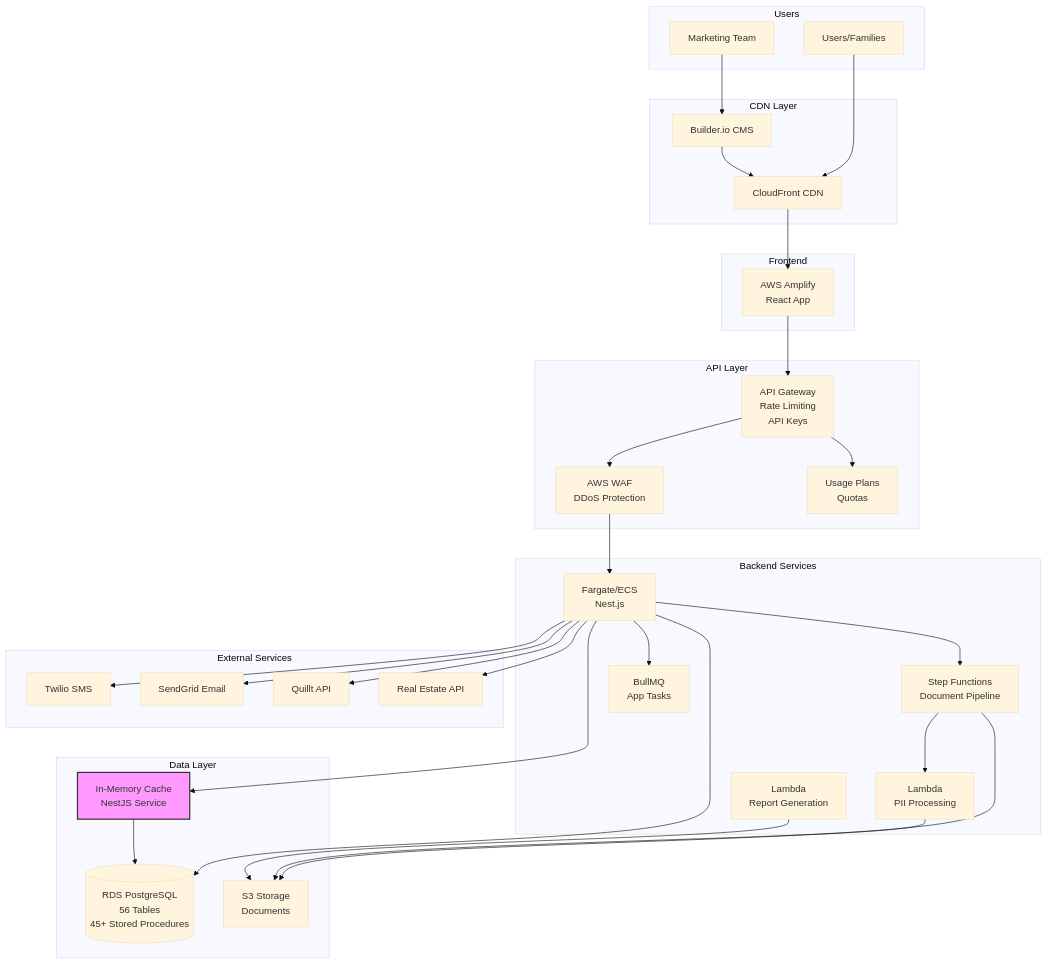
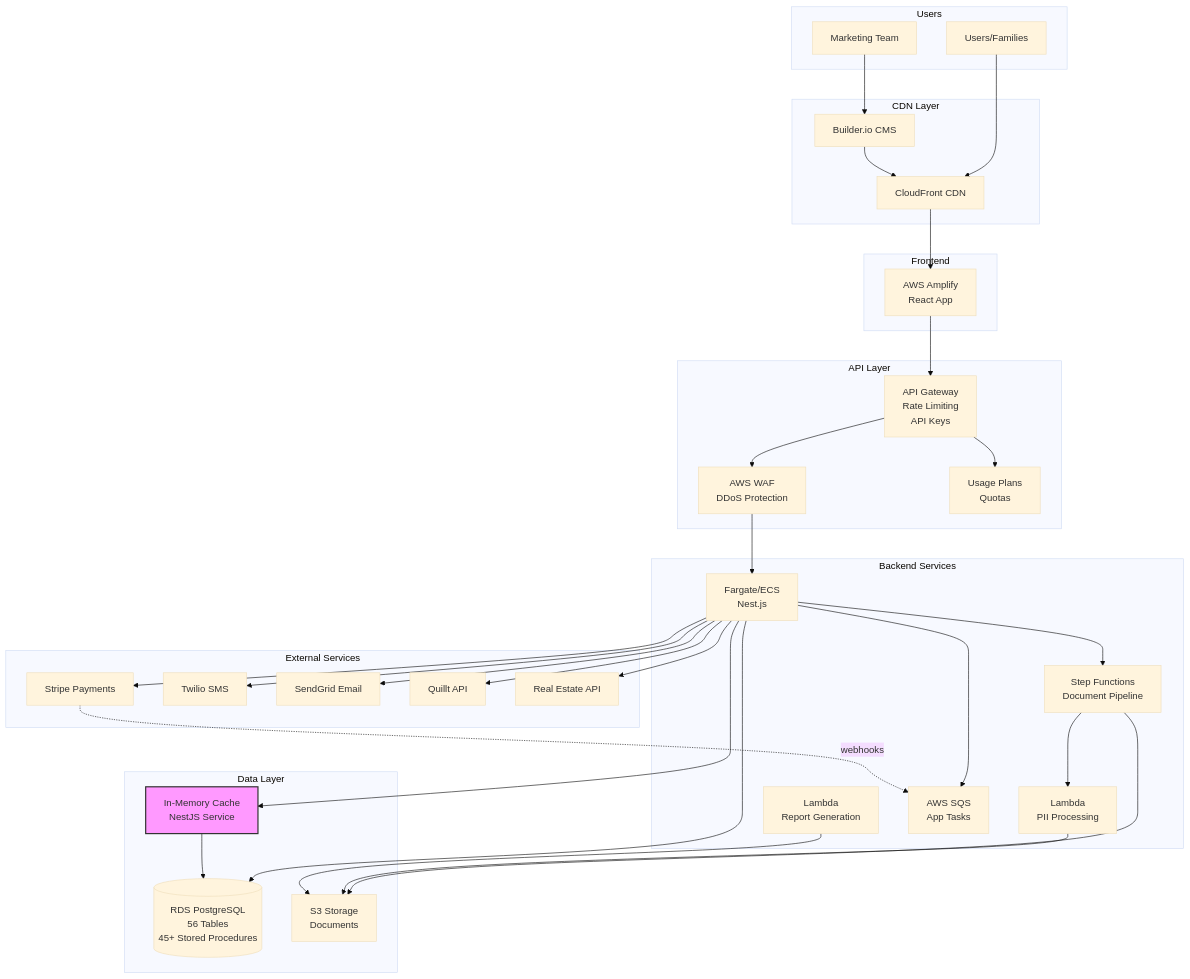
Before and after one commit to thseitz/FWD-INH: the first of 2 diagrams in docs/architecture.md, drawn with Mermaid (base theme). The commit also changed other lines of this file and 21 other files, not shown here.

````diff
--- a/docs/architecture.md
+++ b/docs/architecture.md
@@ -51,64 +51,67 @@
 ```mermaid
 graph TB
     subgraph "Users"
         U[Users/Families]
         M[Marketing Team]
     end
     
     subgraph "CDN Layer"
         CF[CloudFront CDN]
         B[Builder.io CMS]
     end
     
     subgraph "Frontend"
         AMP[AWS Amplify<br/>React App]
     end
     
     subgraph "API Layer"
         AG[API Gateway<br/>Rate Limiting<br/>API Keys]
         WAF[AWS WAF<br/>DDoS Protection]
         USAGE[Usage Plans<br/>Quotas]
     end
     
     subgraph "Backend Services"
         ECS[Fargate/ECS<br/>Nest.js]
         SF[Step Functions<br/>Document Pipeline]
         L1[Lambda<br/>PII Processing]
         L2[Lambda<br/>Report Generation]
-        BQ[BullMQ<br/>App Tasks]
+        SQS[AWS SQS<br/>App Tasks]
     end
     
     subgraph "Data Layer"
         RDS[(RDS PostgreSQL<br/>56 Tables<br/>45+ Stored Procedures)]
         S3[S3 Storage<br/>Documents]
         MEM[In-Memory Cache<br/>NestJS Service]
     end
     
     subgraph "External Services"
+        ST[Stripe Payments]
         TW[Twilio SMS]
         SG[SendGrid Email]
         Q[Quillt API]
         RE[Real Estate API]
     end
     
     U --> CF --> AMP
     M --> B --> CF
     AMP --> AG
     AG --> USAGE
     AG --> WAF --> ECS
     ECS --> RDS
     ECS --> MEM
     MEM --> RDS
     ECS --> SF
     SF --> L1
     SF --> S3
-    ECS --> BQ
+    ECS --> SQS
     L1 --> S3
     L2 --> S3
+    ECS --> ST
     ECS --> TW
     ECS --> SG
     ECS --> Q
     ECS --> RE
+    ST -.->|webhooks| SQS
     
     style MEM fill:#f9f,stroke:#333,stroke-width:2px
 ```
````
